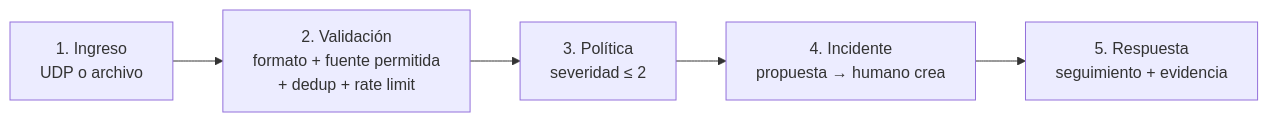
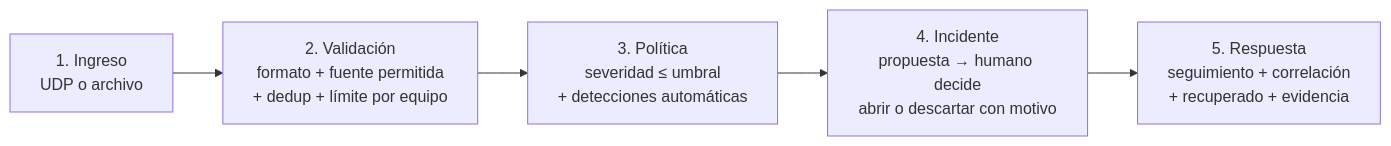
One commit to Shantypp/noc-syslog-inteligente changed the second of 3 diagrams in docs/arquitectura.md. Above: the diagram before and after it, drawn with Mermaid. The commit also changed other lines of this file and 1 other file, not shown here.

Commit message:
docs: flujo lógico con detecciones y correlación; captura de las 138 pruebas

````diff
--- a/docs/arquitectura.md
+++ b/docs/arquitectura.md
@@ -43,7 +43,7 @@
 ```mermaid
 flowchart LR
-    A[1. Ingreso<br/>UDP o archivo] --> B[2. Validación<br/>formato + fuente permitida<br/>+ dedup + rate limit]
-    B --> C[3. Política<br/>severidad ≤ 2]
-    C --> D[4. Incidente<br/>propuesta → humano crea]
-    D --> E[5. Respuesta<br/>seguimiento + evidencia]
+    A[1. Ingreso<br/>UDP o archivo] --> B[2. Validación<br/>formato + fuente permitida<br/>+ dedup + límite por equipo]
+    B --> C[3. Política<br/>severidad ≤ umbral<br/>+ detecciones automáticas]
+    C --> D[4. Incidente<br/>propuesta → humano decide<br/>abrir o descartar con motivo]
+    D --> E[5. Respuesta<br/>seguimiento + correlación<br/>+ recuperado + evidencia]
 ```
````
